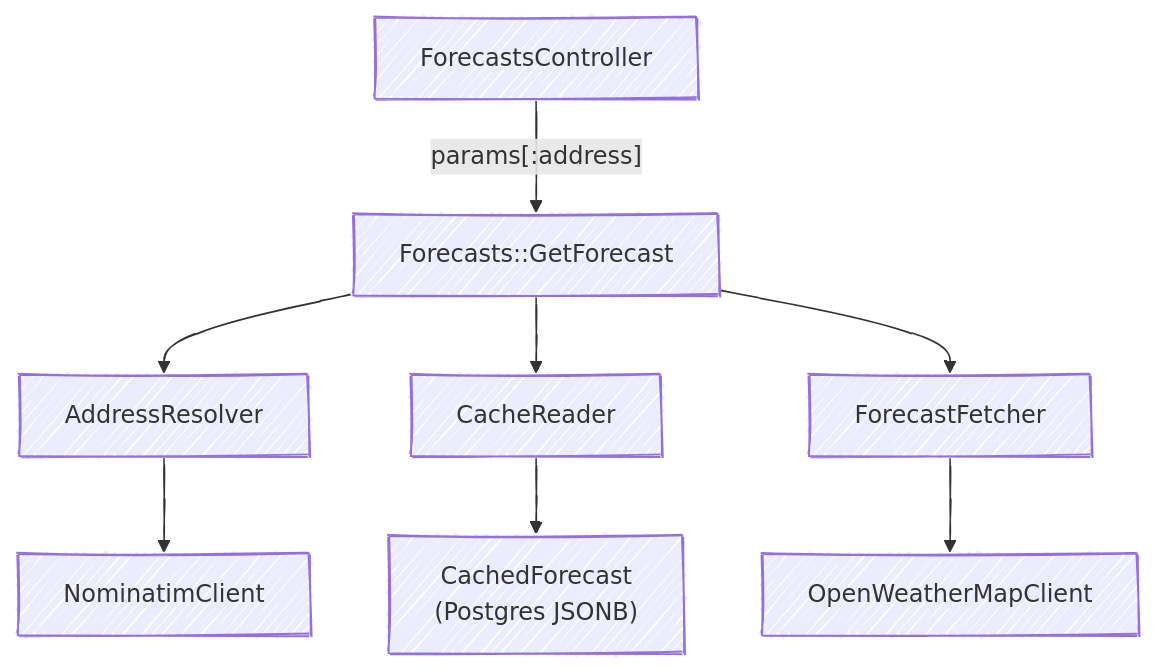
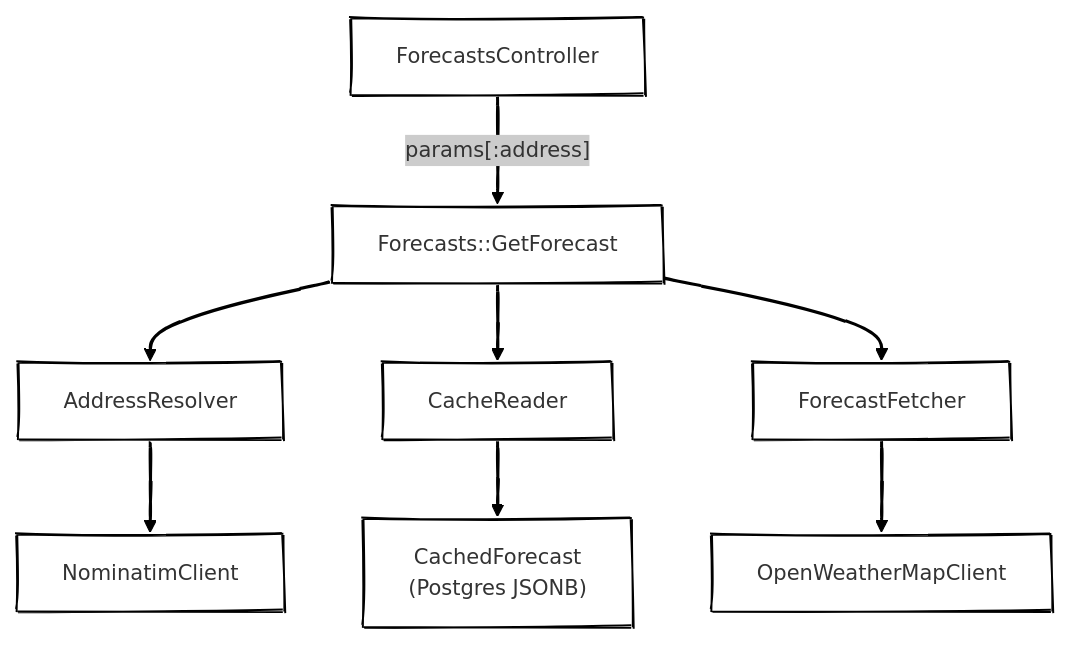
The diagram in README.md (mandelbro/fetch-forecast), drawn with Mermaid before and after one commit.

Commit message:
chore: Sets mermaid diagram theme to NEO

````diff
--- a/README.md
+++ b/README.md
@@ -67,15 +67,16 @@
 ```mermaid
 ---
 config:
+  theme: "neo"
   look: handDrawn
 ---
 
 graph TD
     A[ForecastsController] -->|"params[:address]"| B["Forecasts::GetForecast"]
     B --> C[AddressResolver]
     B --> D[CacheReader]
     B --> E[ForecastFetcher]
     C --> F[NominatimClient]
     D --> G["CachedForecast<br/>(Postgres JSONB)"]
     E --> H[OpenWeatherMapClient]
 ```
````
